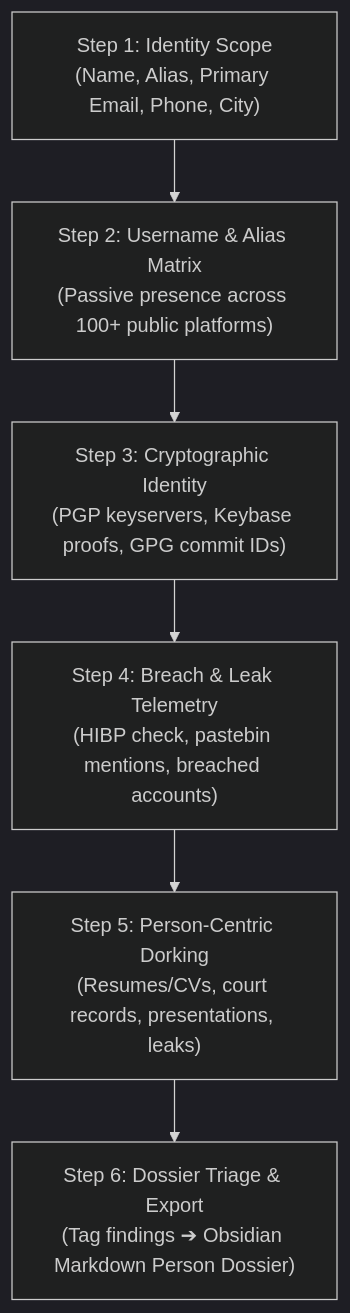
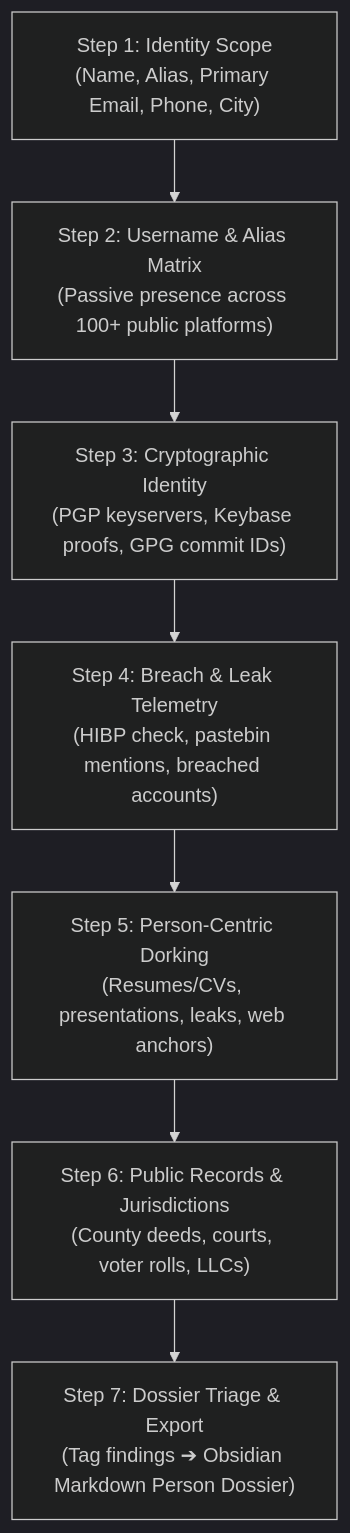
The diagram in PROJECT_CONTEXT.md (mrnickpeer/Visage), drawn with Mermaid (dark theme) before and after one commit. The commit also changed other lines of this file and 16 other files, not shown here.

````diff
--- a/PROJECT_CONTEXT.md
+++ b/PROJECT_CONTEXT.md
@@ -24,8 +24,9 @@
 ```mermaid
 flowchart TD
     S1["Step 1: Identity Scope<br/>(Name, Alias, Primary Email, Phone, City)"] --> S2["Step 2: Username & Alias Matrix<br/>(Passive presence across 100+ public platforms)"]
     S2 --> S3["Step 3: Cryptographic Identity<br/>(PGP keyservers, Keybase proofs, GPG commit IDs)"]
     S3 --> S4["Step 4: Breach & Leak Telemetry<br/>(HIBP check, pastebin mentions, breached accounts)"]
-    S4 --> S5["Step 5: Person-Centric Dorking<br/>(Resumes/CVs, court records, presentations, leaks)"]
-    S5 --> S6["Step 6: Dossier Triage & Export<br/>(Tag findings ➔ Obsidian Markdown Person Dossier)"]
+    S4 --> S5["Step 5: Person-Centric Dorking<br/>(Resumes/CVs, presentations, leaks, web anchors)"]
+    S5 --> S6["Step 6: Public Records & Jurisdictions<br/>(County deeds, courts, voter rolls, LLCs)"]
+    S6 --> S7["Step 7: Dossier Triage & Export<br/>(Tag findings ➔ Obsidian Markdown Person Dossier)"]
 ```
````
